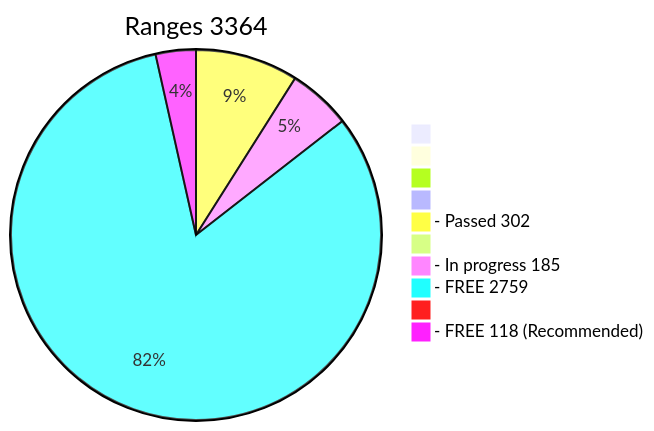
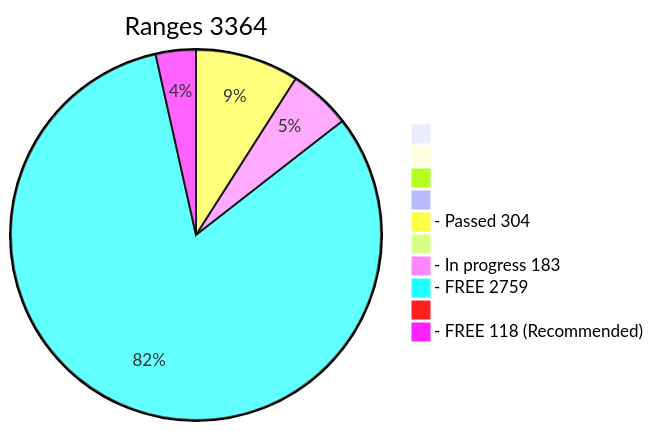
One commit to phrutis/wif500 changed the diagram in x64/Release/table.md. Above: the diagram before and after it, drawn with Mermaid. The commit also changed other lines of this file, not shown here.

````diff
--- a/x64/Release/table.md
+++ b/x64/Release/table.md
@@ -2,13 +2,13 @@
 ```mermaid
 pie title Ranges 3364
   " " : 0
   "  " : 0
   "   " : 0
   "    " : 0
-  "- Passed 302" : 302
+  "- Passed 304" : 304
   "     " : 0
-  "- In progress 185" : 185
+  "- In progress 183" : 183
   "- FREE 2759" : 2759
   "      " : 0
   "- FREE 118 (Recommended)" : 118
 ```
````
